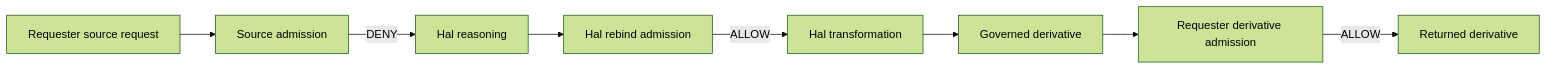
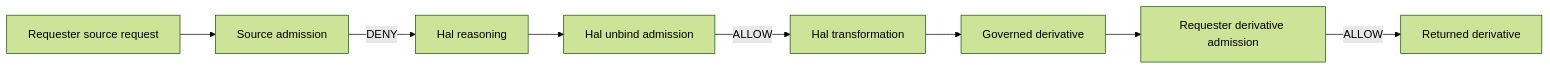
Before and after one commit to onzelf/openhealth-cdi: the fourth of 7 diagrams in doc/MODE1B.md, drawn with Mermaid (forest theme). The commit also changed other lines of this file and 26 other files, not shown here.

````diff
--- a/doc/MODE1B.md
+++ b/doc/MODE1B.md
@@ -215,19 +215,19 @@
 ```mermaid
 flowchart LR
     Request["Requester source request"]
     Source["Source admission"]
     Reason["Hal reasoning"]
-    Rebind["Hal rebind admission"]
+    Unbind["Hal unbind admission"]
     Transform["Hal transformation"]
     Derivative["Governed derivative"]
     Release["Requester derivative admission"]
     Result["Returned derivative"]
 
     Request --> Source
     Source -->|"DENY"| Reason
-    Reason --> Rebind
-    Rebind -->|"ALLOW"| Transform
+    Reason --> Unbind
+    Unbind -->|"ALLOW"| Transform
     Transform --> Derivative
     Derivative --> Release
     Release -->|"ALLOW"| Result
 ```
````
